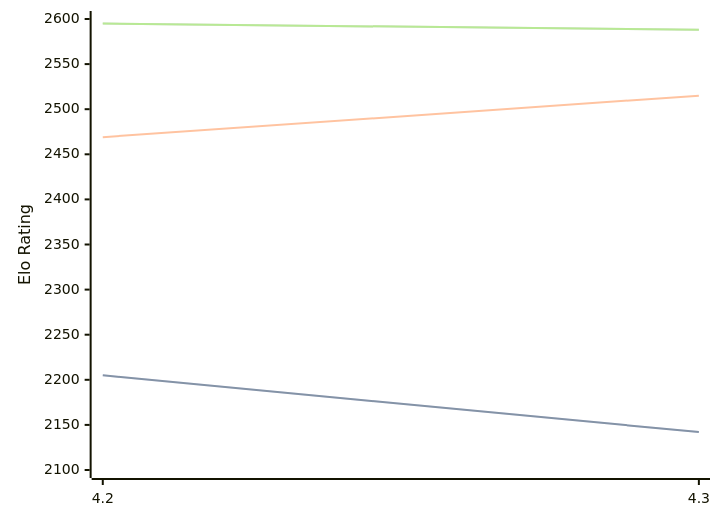
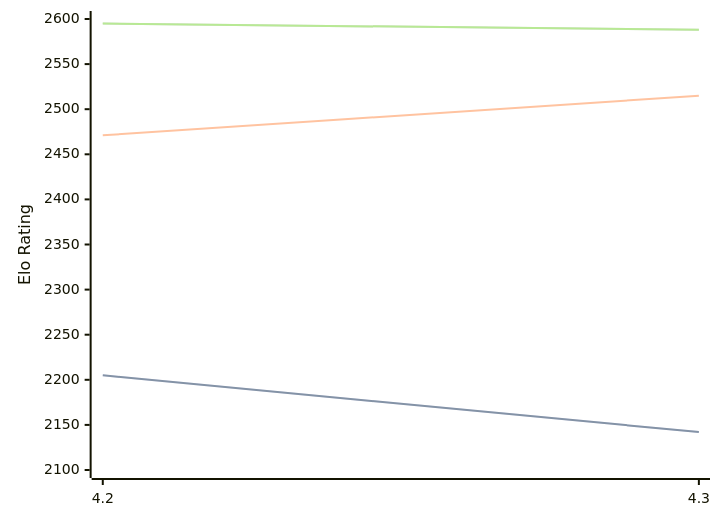
Before and after one commit to computer-chess-index/cci: the diagram in engines/Eubos.md, drawn with Mermaid. The commit also changed other lines of this file, not shown here.

````diff
--- a/engines/Eubos.md
+++ b/engines/Eubos.md
@@ -85,11 +85,11 @@
 ```mermaid
 %%{init: {"theme":"base","themeVariables":{"seriesColors:['#a3a3a3','#222221','#faa371']}}}%%
 xychart-beta
   x-axis ["4.2", "4.3"]
   y-axis "Elo Rating" 2100 --> 2600
   line "STC (8.0+0.08s)" [2205, 2142]
   line "STC (8.0+0.08s)" [2205, 2142]
-  line "LTC (60.0+0.60s)" [2469, 2515]
+  line "LTC (60.0+0.60s)" [2471, 2515]
   line "VLTC (2m24s+1.12s)" [2595, 2588]
   line "VLTC (2m24s+1.12s)" [2595, 2588]
 ```
````
